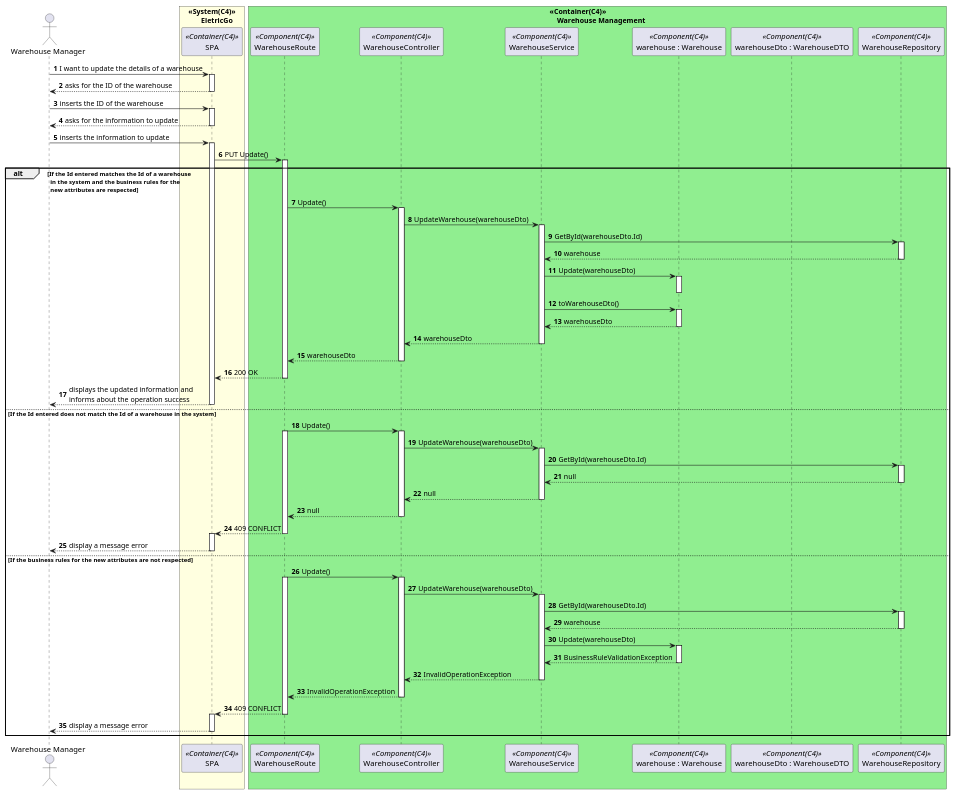
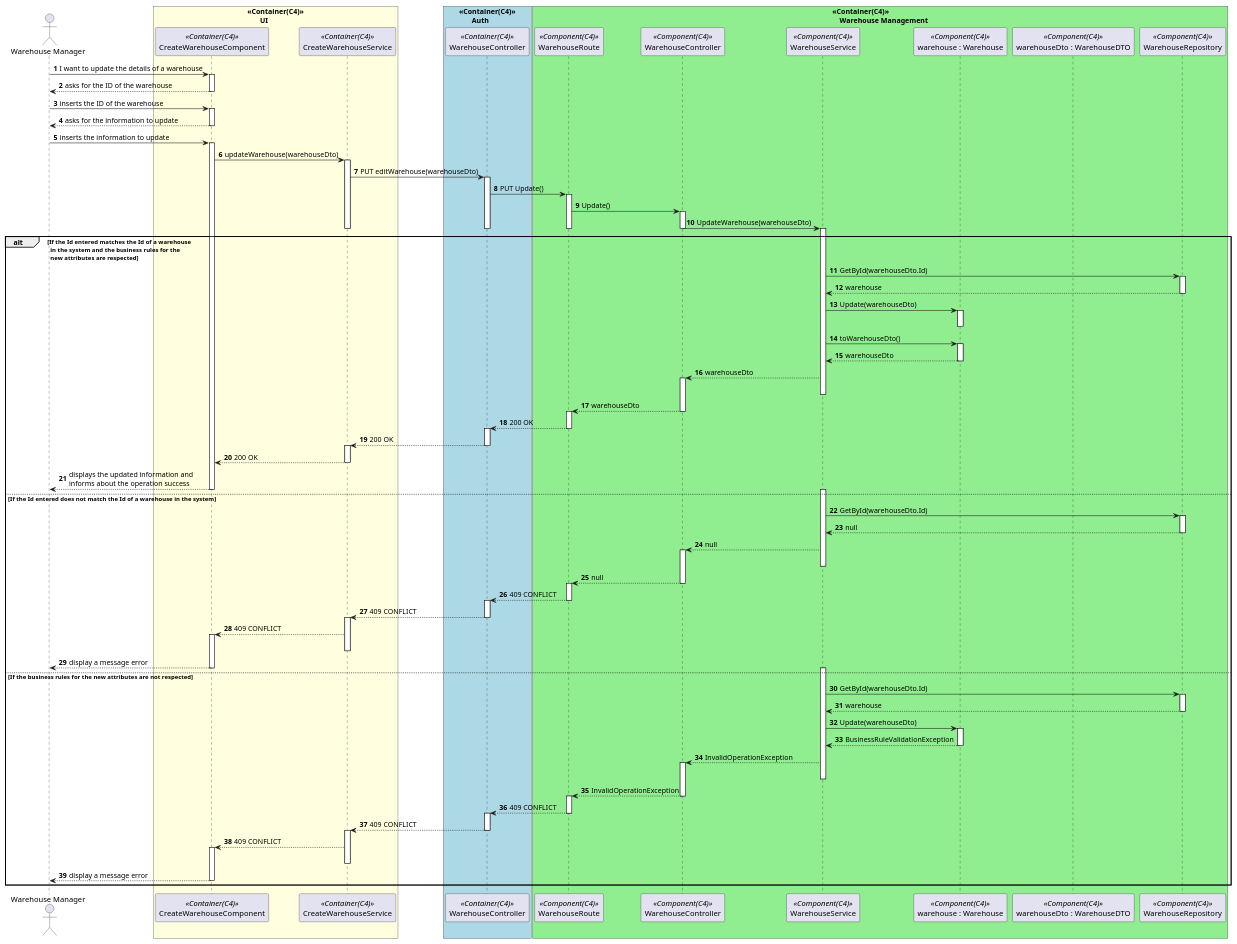
One commit to 0franciscor/dei_3dj_057 changed the diagram in Documents/1200720/.puml/UpdateWarehouseSD_N3.puml. Above: the diagram before and after it, drawn with PlantUML. The commit also changed 30 other files, not shown here.

Commit message:
#134 - Diagramas de nível 3 relativos a vista de processos da criação, edição e listagem dos armazéns.

```diff
--- a/Documents/1200720/.puml/UpdateWarehouseSD_N3.puml
+++ b/Documents/1200720/.puml/UpdateWarehouseSD_N3.puml
@@ -1,136 +1,168 @@
 @startuml 
 autonumber
 
 actor "Warehouse Manager" as admin
-box "<<System(C4)>>\n       EletricGo" #LightYellow
-participant SPA as ui <<Container(C4)>>
+box "<<Container(C4)>>\n       UI" #LightYellow
+participant CreateWarehouseComponent as uiComponent <<Container(C4)>>
+participant CreateWarehouseService as uiService <<Container(C4)>>
+box "<<Container(C4)>>\n       Auth" #LightBlue
+participant WarehouseController as authController <<Container(C4)>>
 box "<<Container(C4)>>\n    Warehouse Management" #LightGreen
 participant WarehouseRoute as  WM <<Component(C4)>>
 participant WarehouseController as  CTL <<Component(C4)>>
 participant WarehouseService as  SV <<Component(C4)>>
 participant "warehouse : Warehouse" as  W <<Component(C4)>>
 participant "warehouseDto : WarehouseDTO" as  DTO <<Component(C4)>>
 participant WarehouseRepository as  WR <<Component(C4)>>
 end box
 
 end box
 
-admin -> ui: I want to update the details of a warehouse
-activate ui
+admin -> uiComponent: I want to update the details of a warehouse
+activate uiComponent
 
-ui --> admin: asks for the ID of the warehouse
-deactivate ui
+uiComponent --> admin: asks for the ID of the warehouse
+deactivate uiComponent
 
-admin -> ui: inserts the ID of the warehouse
-activate ui
+admin -> uiComponent: inserts the ID of the warehouse
+activate uiComponent
 
-ui --> admin: asks for the information to update
-deactivate ui
+uiComponent --> admin: asks for the information to update
+deactivate uiComponent
 
-admin -> ui: inserts the information to update
-activate ui
+admin -> uiComponent: inserts the information to update
+activate uiComponent
 
-ui -> WM : PUT Update()
-activate WM
-alt If the Id entered matches the Id of a warehouse\n  in the system and the business rules for the\n  new attributes are respected
-
+uiComponent -> uiService : updateWarehouse(warehouseDto)
+activate uiService
+uiService -> authController : PUT editWarehouse(warehouseDto)
+activate authController
+authController -> WM : PUT Update()
+activate WM 
 WM -> CTL : Update()
 activate CTL
 CTL -> SV : UpdateWarehouse(warehouseDto)
+deactivate CTL
+deactivate WM
+deactivate authController
+deactivate uiService
+alt If the Id entered matches the Id of a warehouse\n  in the system and the business rules for the\n  new attributes are respected
 activate SV
+SV -> WR : GetById(warehouseDto.Id)
 
-SV -> WR : GetById(warehouseDto.Id)
 activate WR
+
 
 WR --> SV : warehouse 
 deactivate WR
 
 SV -> W : Update(warehouseDto)
 activate W
 
 deactivate W
 
 SV -> W : toWarehouseDto()
 activate W
 
 W --> SV : warehouseDto
 deactivate W 
 SV --> CTL : warehouseDto
+activate CTL
 deactivate SV
 
 CTL --> WM : warehouseDto
-deactivate CTL 
+deactivate CTL
+activate WM
 
-WM --> ui : 200 OK 
+
+
+WM --> authController : 200 OK 
 deactivate WM
+activate authController
+authController --> uiService : 200 OK 
+deactivate authController
+activate uiService
+uiService --> uiComponent : 200 OK 
+deactivate uiService
 
-ui --> admin: displays the updated information and \ninforms about the operation success
-deactivate ui
+
+uiComponent --> admin: displays the updated information and \ninforms about the operation success
+deactivate uiComponent
 
 else If the Id entered does not match the Id of a warehouse in the system
 
-WM -> CTL : Update()
-activate WM
-activate CTL
-CTL -> SV : UpdateWarehouse(warehouseDto)
+
 activate SV
 
 SV -> WR : GetById(warehouseDto.Id)
 activate WR
 
 WR --> SV : null 
 deactivate WR
 
 
 SV --> CTL : null
+activate CTL
+
 deactivate SV
 
 CTL --> WM : null
-deactivate CTL 
+deactivate CTL
+activate WM
+WM --> authController : 409 CONFLICT 
+deactivate WM
+activate authController
+authController --> uiService : 409 CONFLICT 
+deactivate authController
+activate uiService
+uiService --> uiComponent : 409 CONFLICT 
+activate uiComponent
+deactivate uiService
+
+deactivate WM
 
 
-WM --> ui : 409 CONFLICT
-deactivate WM
-
-activate ui
-ui --> admin : display a message error
-deactivate ui
+uiComponent --> admin : display a message error
+deactivate uiComponent
 
 else  If the business rules for the new attributes are not respected
 
-WM -> CTL : Update()
-activate WM
-activate CTL
-CTL -> SV : UpdateWarehouse(warehouseDto)
 activate SV
 
 SV -> WR : GetById(warehouseDto.Id)
 activate WR
 
 WR --> SV : warehouse 
 deactivate WR
 
 SV -> W : Update(warehouseDto)
 activate W
 
 W --> SV : BusinessRuleValidationException
 deactivate W 
 SV --> CTL : InvalidOperationException
+
+activate CTL
 deactivate SV
 
 CTL --> WM : InvalidOperationException
 deactivate CTL 
-
-WM --> ui : 409 CONFLICT
+activate WM
+WM --> authController : 409 CONFLICT 
 deactivate WM
-
-activate ui
-ui --> admin : display a message error
-deactivate ui
+activate authController
+authController --> uiService : 409 CONFLICT 
+deactivate authController
+activate uiService
+uiService --> uiComponent : 409 CONFLICT 
+activate uiComponent
+deactivate uiService
+uiComponent --> admin : display a message error
+deactivate uiComponent
 end 
 
 
-deactivate ui
+deactivate uiComponent
 deactivate admin
 
 @enduml
```
